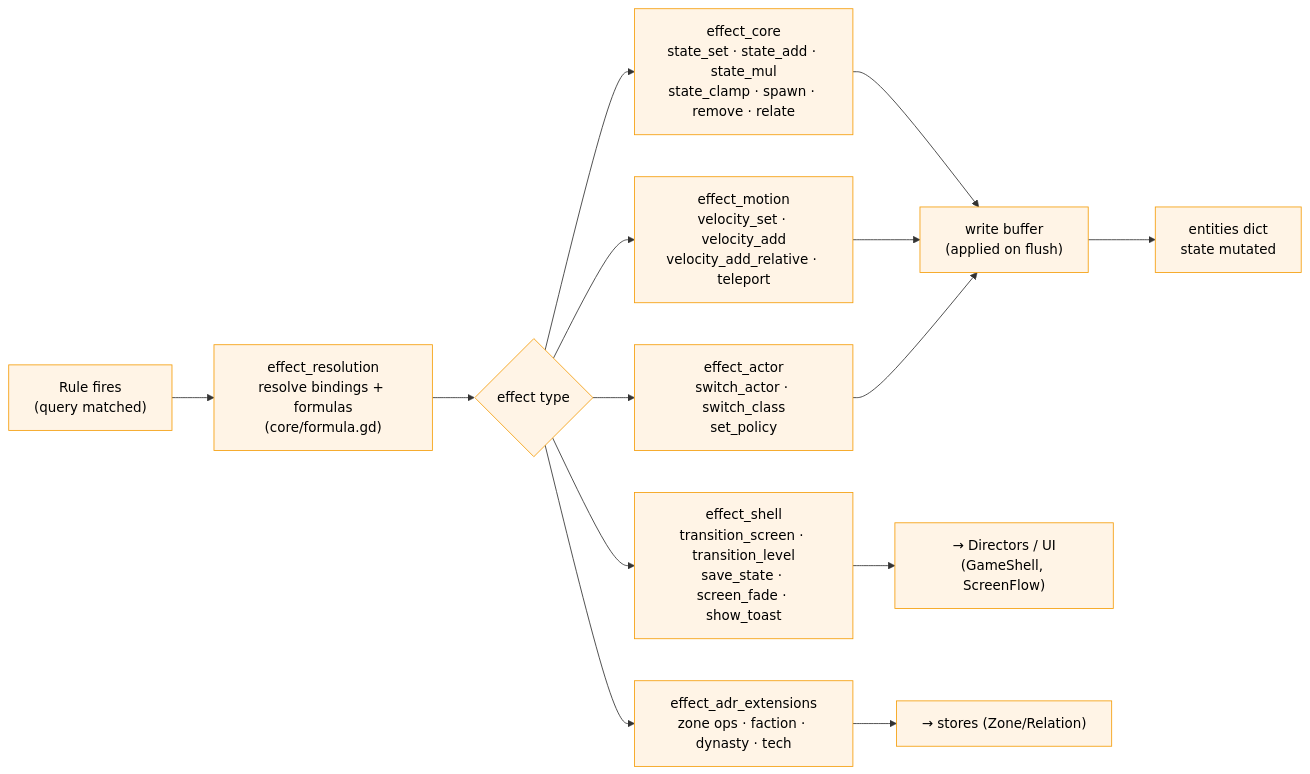
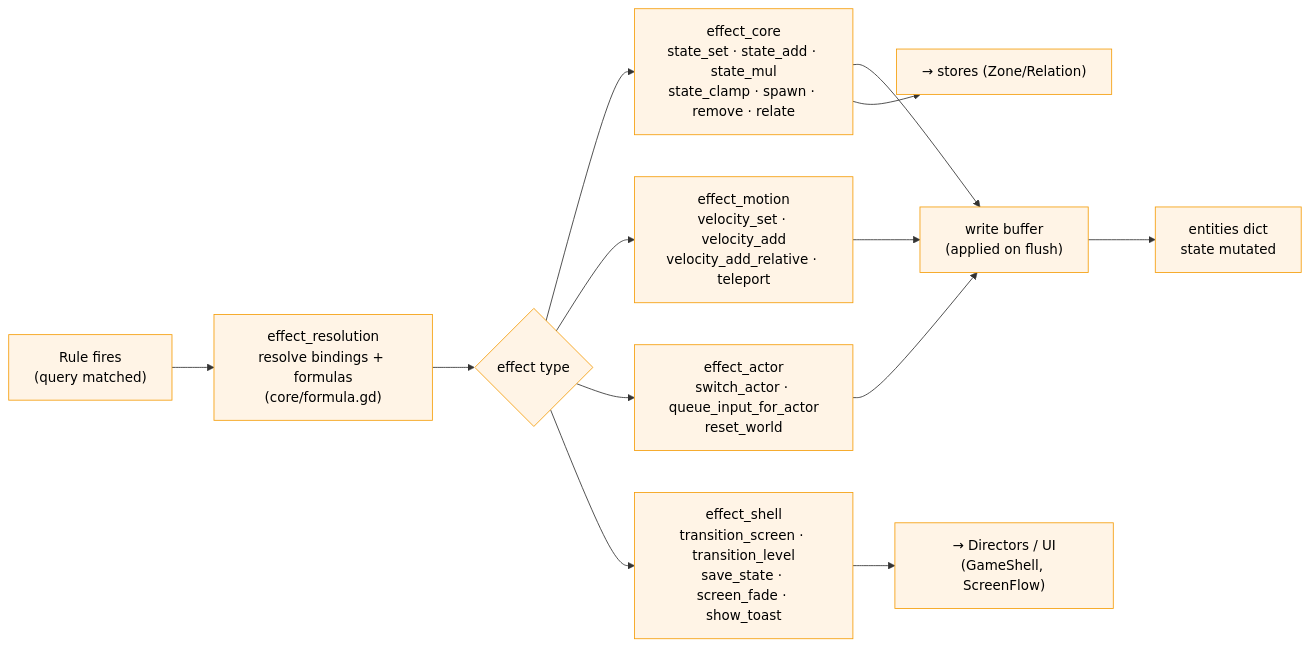
The seventh of 10 diagrams in docs/guideline/33_architecture.md (kamwoh/yume), drawn with Mermaid before and after one commit. The commit also changed other lines of this file and 47 other files, not shown here.

````diff
--- a/docs/guideline/33_architecture.md
+++ b/docs/guideline/33_architecture.md
@@ -352,19 +352,18 @@
 ```mermaid
 flowchart LR
     RULE["Rule fires<br/>(query matched)"] --> RESOLVE["effect_resolution<br/>resolve bindings + formulas<br/>(core/formula.gd)"]
     RESOLVE --> DISPATCH{"effect type"}
 
     DISPATCH --> CORE["effect_core<br/>state_set · state_add · state_mul<br/>state_clamp · spawn · remove · relate"]
     DISPATCH --> MOTION["effect_motion<br/>velocity_set · velocity_add<br/>velocity_add_relative · teleport"]
-    DISPATCH --> ACTOR["effect_actor<br/>switch_actor · switch_class<br/>set_policy"]
+    DISPATCH --> ACTOR["effect_actor<br/>switch_actor · queue_input_for_actor<br/>reset_world"]
     DISPATCH --> SHELL["effect_shell<br/>transition_screen · transition_level<br/>save_state · screen_fade · show_toast"]
-    DISPATCH --> ADR["effect_adr_extensions<br/>zone ops · faction · dynasty · tech"]
 
     CORE & MOTION & ACTOR --> BUF["write buffer<br/>(applied on flush)"]
     SHELL --> DIRS["→ Directors / UI<br/>(GameShell, ScreenFlow)"]
-    ADR --> STORES2["→ stores (Zone/Relation)"]
+    CORE --> STORES2["→ stores (Zone/Relation)"]
     BUF --> ENT["entities dict<br/>state mutated"]
 
     classDef e fill:#fff4e6,stroke:#f59e0b,color:#000
-    class RULE,RESOLVE,DISPATCH,CORE,MOTION,ACTOR,SHELL,ADR,BUF,ENT,DIRS,STORES2 e
+    class RULE,RESOLVE,DISPATCH,CORE,MOTION,ACTOR,SHELL,BUF,ENT,DIRS,STORES2 e
 ```
````
